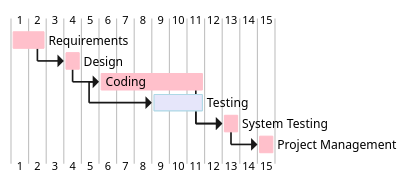
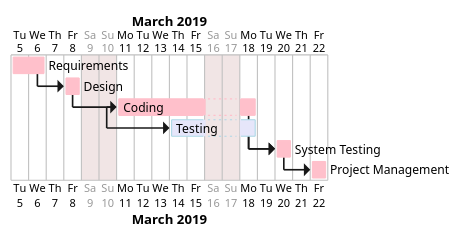
The diagram in templates/templates_EstimationTemplate.md (salvatore-dimartino/LaTazza), drawn with PlantUML before and after one commit.

````diff
--- a/templates/templates_EstimationTemplate.md
+++ b/templates/templates_EstimationTemplate.md
@@ -62,11 +62,14 @@
 ```plantuml
 @startgantt
+project starts the 2019/03/5
+sunday are closed
+saturday are closed
 [Requirements] lasts 2 days and is colored in Pink
 [Design] lasts 1 days and starts 1 days after [Requirements]'s end and is colored in Pink
 [Coding] lasts 6 days and starts 1 days after [Design]'s end and is colored in Pink
 [Testing] lasts 3 days and starts 3 days after [Coding]'s start and is colored in Lavender/LightBlue
 [System Testing] lasts 1 days and starts 1 days after [Coding]'s end and is colored in Pink
 [Project Management] lasts 1 days and starts 1 days after [System Testing]'s end and is colored in Pink
 [System Testing] starts 1 days after [Testing]'s end and is colored in Pink
 @endgantt
 ```
````
